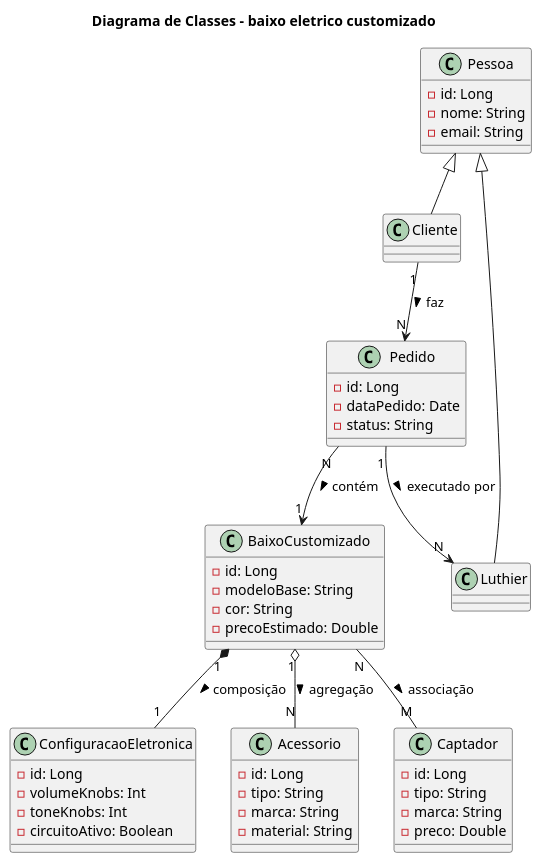
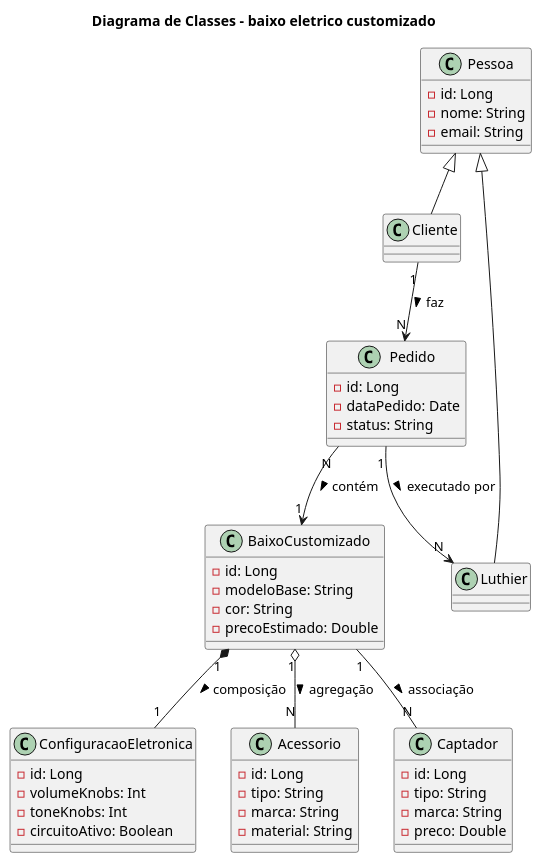
Before and after one commit to diegogalvao-dev/baixo-eletrico-customizado: the diagram in src/main/resources/uml/diagrama baixo eletrico.puml, drawn with PlantUML. The commit also changed 25 other files, not shown here.

```diff
--- a/src/main/resources/uml/diagrama baixo eletrico.puml
+++ b/src/main/resources/uml/diagrama baixo eletrico.puml
@@ -1,79 +1,79 @@
 @startuml
 'https://plantuml.com/class-diagram
 
 title Diagrama de Classes - baixo eletrico customizado
 
 ' =====================
 ' Classes Base
 ' =====================
 class Pessoa {
   - id: Long
   - nome: String
   - email: String
 }
 
 class Cliente {
 }
 
 class Luthier {
 }
 
 Pessoa <|-- Cliente
 Pessoa <|-- Luthier
 
 ' =====================
 ' Pedido
 ' =====================
 class Pedido {
   - id: Long
   - dataPedido: Date
   - status: String
 }
 
 Cliente "1" --> "N" Pedido : faz >
 Pedido "N" --> "1" BaixoCustomizado : contém >
 Pedido "1" --> "N" Luthier : executado por >
 
 ' =====================
 ' Baixo Customizado
 ' =====================
 class BaixoCustomizado {
   - id: Long
   - modeloBase: String
   - cor: String
   - precoEstimado: Double
 }
 
 class ConfiguracaoEletronica {
   - id: Long
   - volumeKnobs: Int
   - toneKnobs: Int
   - circuitoAtivo: Boolean
 }
 
 BaixoCustomizado "1" *-- "1" ConfiguracaoEletronica : composição >
 BaixoCustomizado "1" o-- "N" Acessorio : agregação >
-BaixoCustomizado "N" -- "M" Captador : associação >
+BaixoCustomizado "1" -- "N" Captador : associação >
 
 ' =====================
 ' Acessórios
 ' =====================
 class Acessorio {
   - id: Long
   - tipo: String
   - marca: String
   - material: String
 }
 
 ' =====================
 ' Captadores
 ' =====================
 class Captador {
   - id: Long
   - tipo: String
   - marca: String
   - preco: Double
 }
 
 
 @enduml
```
